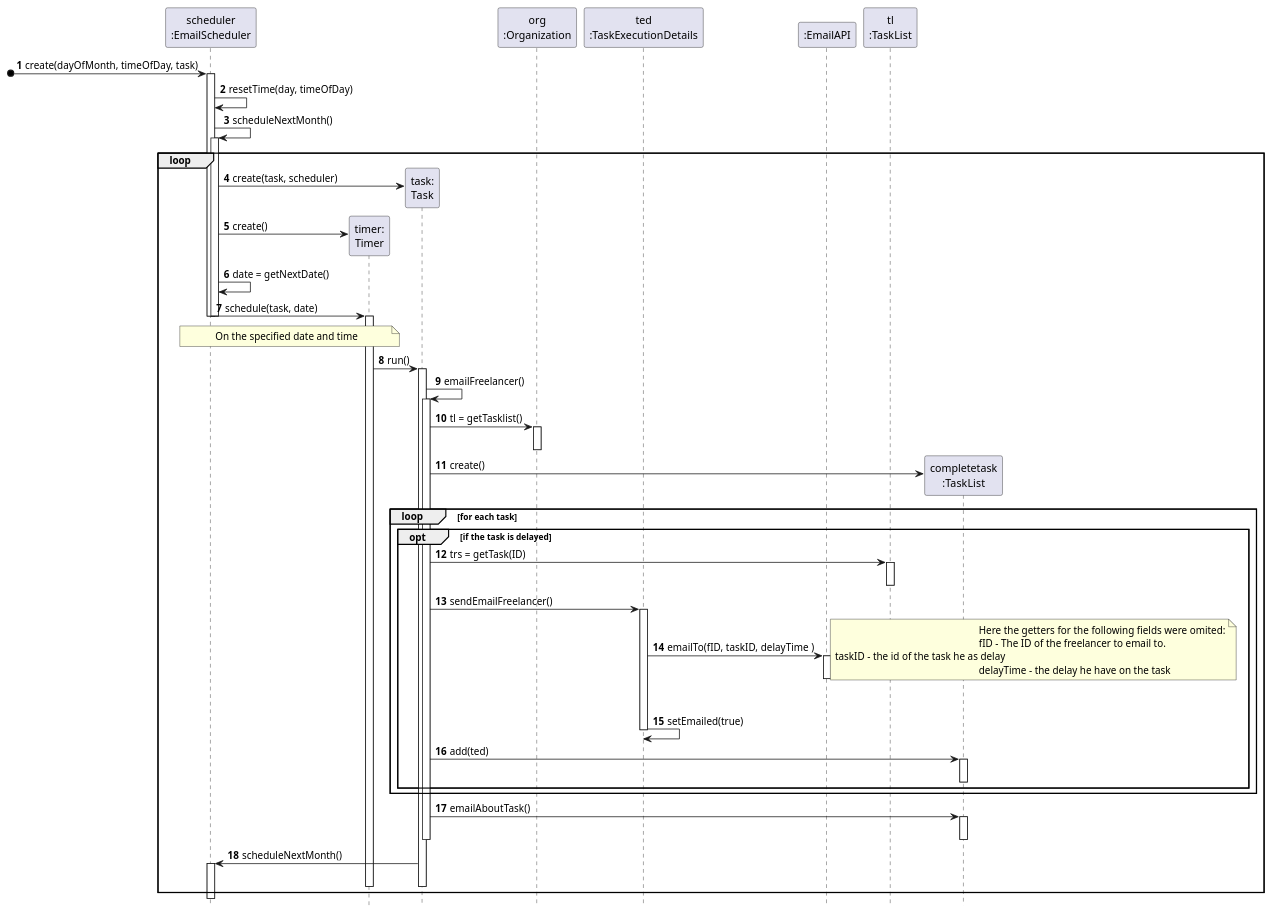
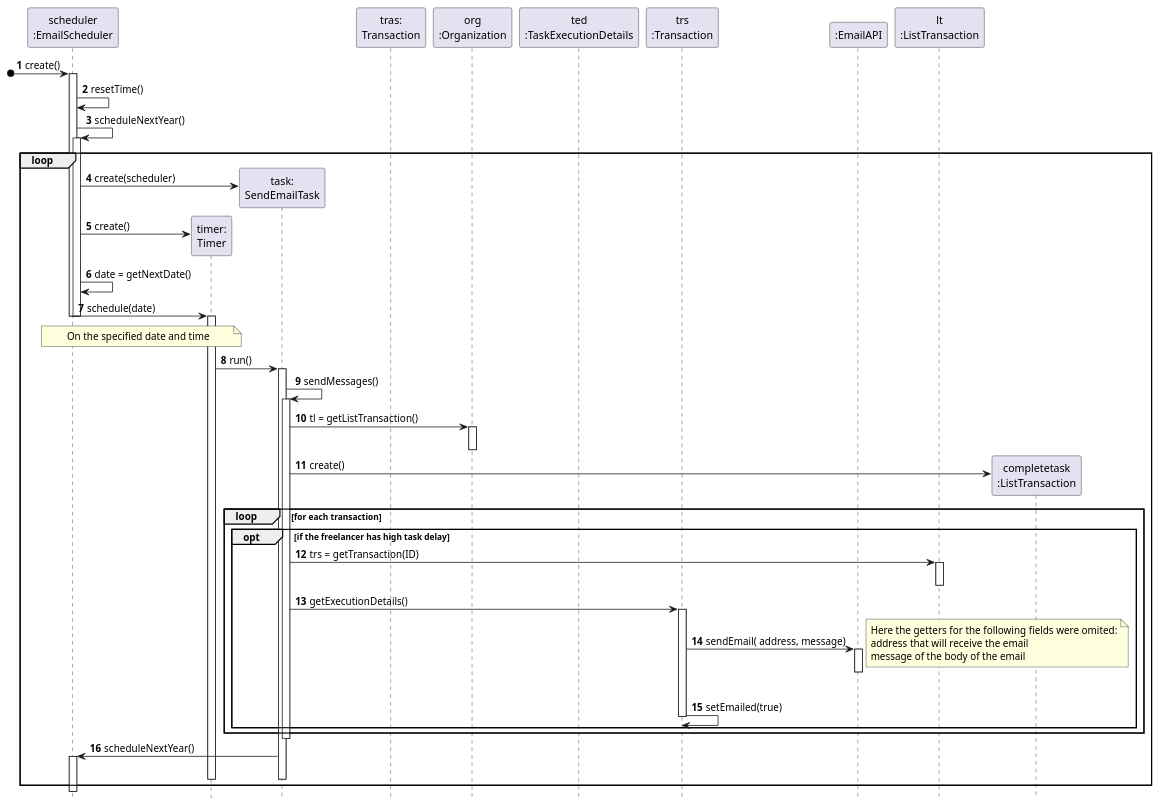
The diagram in docs/UC_10/UC10_SD.puml (botelho-io/lapr2-2020-g029), drawn with PlantUML before and after one commit. The commit also changed 4 other files, not shown here.

```diff
--- a/docs/UC_10/UC10_SD.puml
+++ b/docs/UC_10/UC10_SD.puml
@@ -1,71 +1,66 @@
 @startuml SD
 autonumber
 hide footbox
 
 participant "scheduler\n:EmailScheduler" as SC
 participant "timer:\nTimer" as TIMER
-participant "task:\nTask" as TASK
+participant "task:\nSendEmailTask" as TASK
+participant "tras:\nTransaction" as TRA
 participant "org\n:Organization" as org
 participant "ted\n:TaskExecutionDetails" as ted
+participant "trs\n:Transaction" as trs
 participant ":EmailAPI" as eapi
-participant "tl\n:TaskList" as tl
-participant "completetask\n:TaskList" as ct
+participant "lt\n:ListTransaction" as lt
+participant "completetask\n:ListTransaction" as ct
 
-[o-> SC : create(dayOfMonth, timeOfDay, task)
+[o-> SC : create()
 activate SC
-        SC -> SC : resetTime(day, timeOfDay)
-        SC -> SC : scheduleNextMonth()
+        SC -> SC : resetTime()
+        SC -> SC : scheduleNextYear()
 loop
         activate SC
-                SC -> TASK**  : create(task, scheduler)
+                SC -> TASK**  : create(scheduler)
                 SC -> TIMER** : create()
                 SC -> SC : date = getNextDate()
-                SC ->TIMER: schedule(task, date)
+                SC ->TIMER: schedule(date)
         deactivate SC
 
 deactivate SC
         activate TIMER
                 note over SC,TIMER  : On the specified date and time
                 TIMER->TASK:run()
                 activate TASK
-                        TASK->TASK: emailFreelancer()
+                        TASK->TASK: sendMessages()
                         activate TASK
-                                TASK -> org : tl = getTasklist()
+                                TASK -> org : tl = getListTransaction()
                                 activate org
                                 deactivate org
                                 TASK -> ct ** : create()
-                                loop for each task
-                                        opt if the task is delayed
-                                                TASK -> tl : trs = getTask(ID)
-                                                activate tl
-                                                deactivate tl
-                                                TASK -> ted : sendEmailFreelancer()
-                                                activate ted
-                                                        ted -> eapi: emailTo(fID, taskID, delayTime )
+                                loop for each transaction
+                                        opt if the freelancer has high task delay
+                                                TASK -> lt : trs = getTransaction(ID)
+                                                activate lt
+                                                deactivate lt
+                                                TASK -> trs : getExecutionDetails()
+                                                activate trs
+                                                        trs -> eapi: sendEmail( address, message)
                                                         activate eapi
                                                         deactivate eapi
                                                         note right
                                                                 Here the getters for the following fields were omited:
-                                                                fID - The ID of the freelancer to email to.
-								taskID - the id of the task he as delay
-                                                                delayTime - the delay he have on the task
+                                                                address that will receive the email
+                                                                message of the body of the email
                                                         end note
-                                                        ted -> ted : setEmailed(true)
-                                                deactivate ted
-                                                TASK -> ct : add(ted)
-                                                activate ct
-                                                deactivate ct
-                                        end
+                                                        trs-> trs : setEmailed(true)
+                                                deactivate trs
+                                                end
                                 end
-                                TASK -> ct : emailAboutTask()
-                                activate ct
-                                deactivate ct
                         deactivate TASK
-                        TASK -> SC : scheduleNextMonth()
+                        TASK -> SC : scheduleNextYear()
                         activate SC
                 deactivate TASK
         deactivate TIMER
 end
 
 
 @enduml
```
